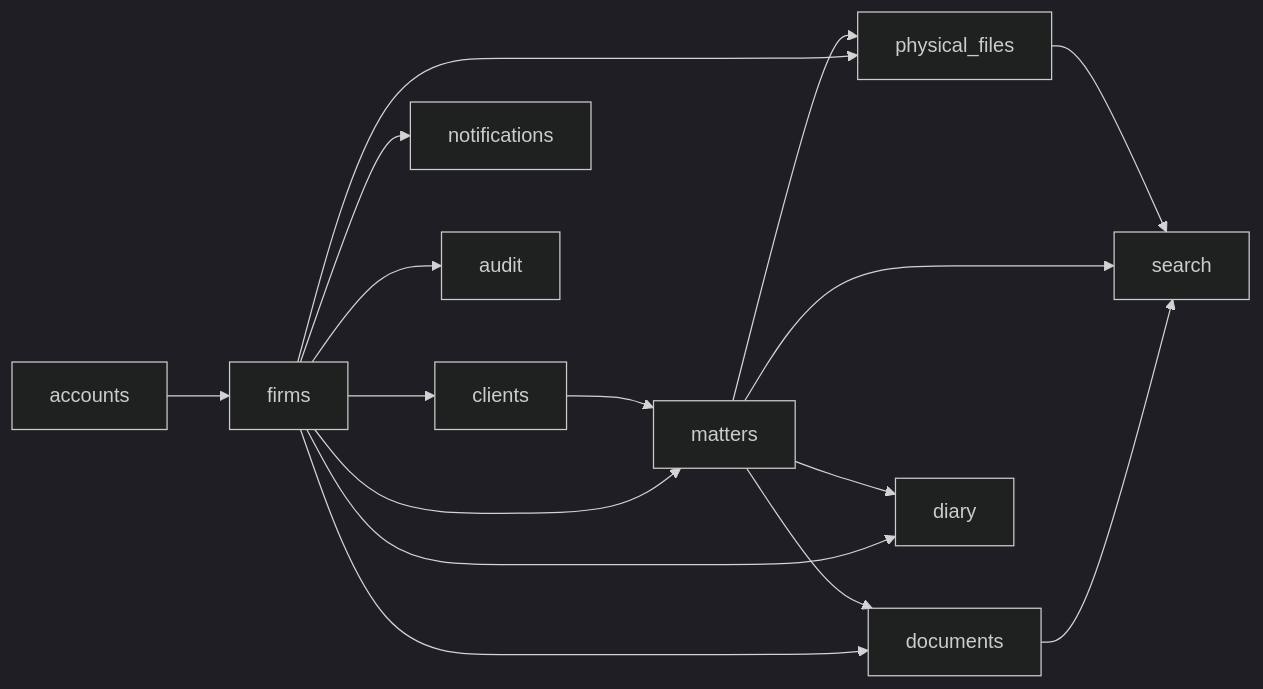
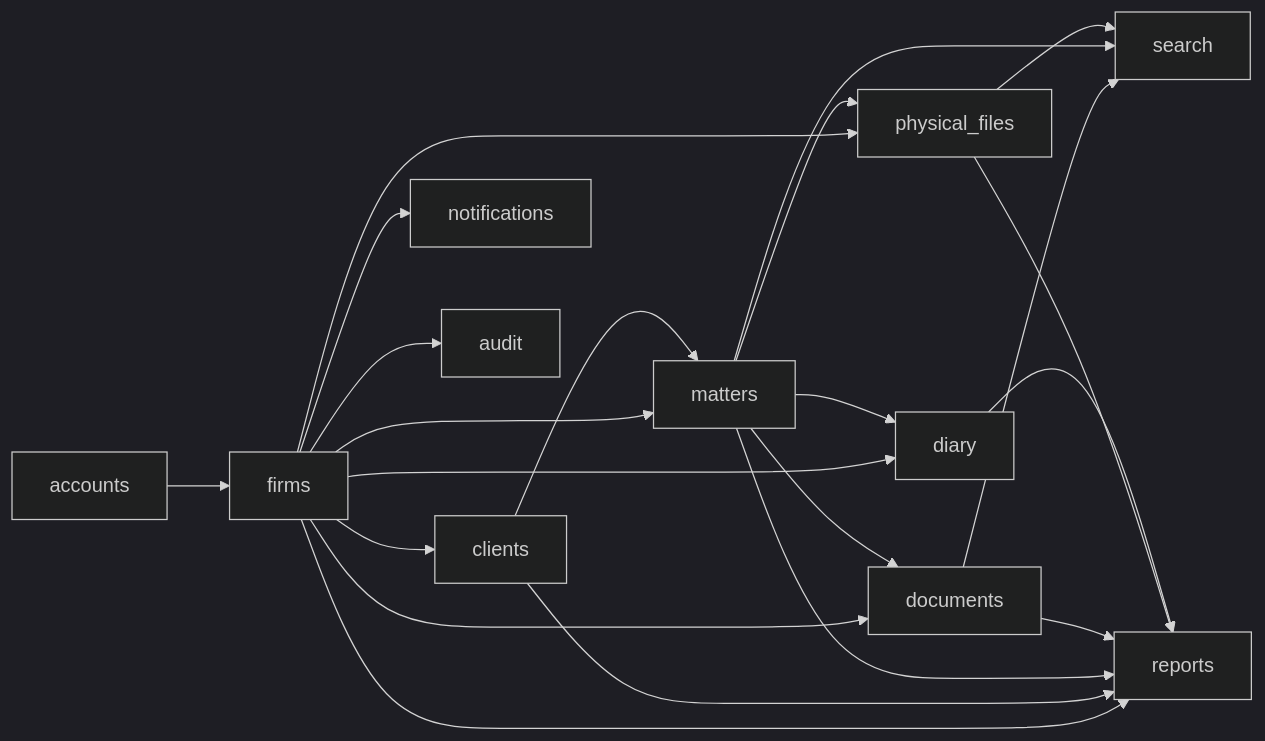
One commit to BarasaK/wakilidesk changed the second of 13 diagrams in docs/architecture.md. Above: the diagram before and after it, drawn with Mermaid (dark theme). The commit also changed other lines of this file and 14 other files, not shown here.

````diff
--- a/docs/architecture.md
+++ b/docs/architecture.md
@@ -41,18 +41,24 @@
 ```mermaid
 flowchart LR
     Accounts[accounts] --> Firms[firms]
     Firms --> Clients[clients]
     Firms --> Matters[matters]
     Firms --> Documents[documents]
     Firms --> Physical[physical_files]
     Firms --> Diary[diary]
+    Firms --> Reports[reports]
     Firms --> Notifications[notifications]
     Firms --> Audit[audit]
     Clients --> Matters
     Matters --> Documents
     Matters --> Physical
     Matters --> Diary
     Documents --> Search[search]
     Matters --> Search
     Physical --> Search
+    Clients --> Reports
+    Matters --> Reports
+    Documents --> Reports
+    Physical --> Reports
+    Diary --> Reports
 ```
````
